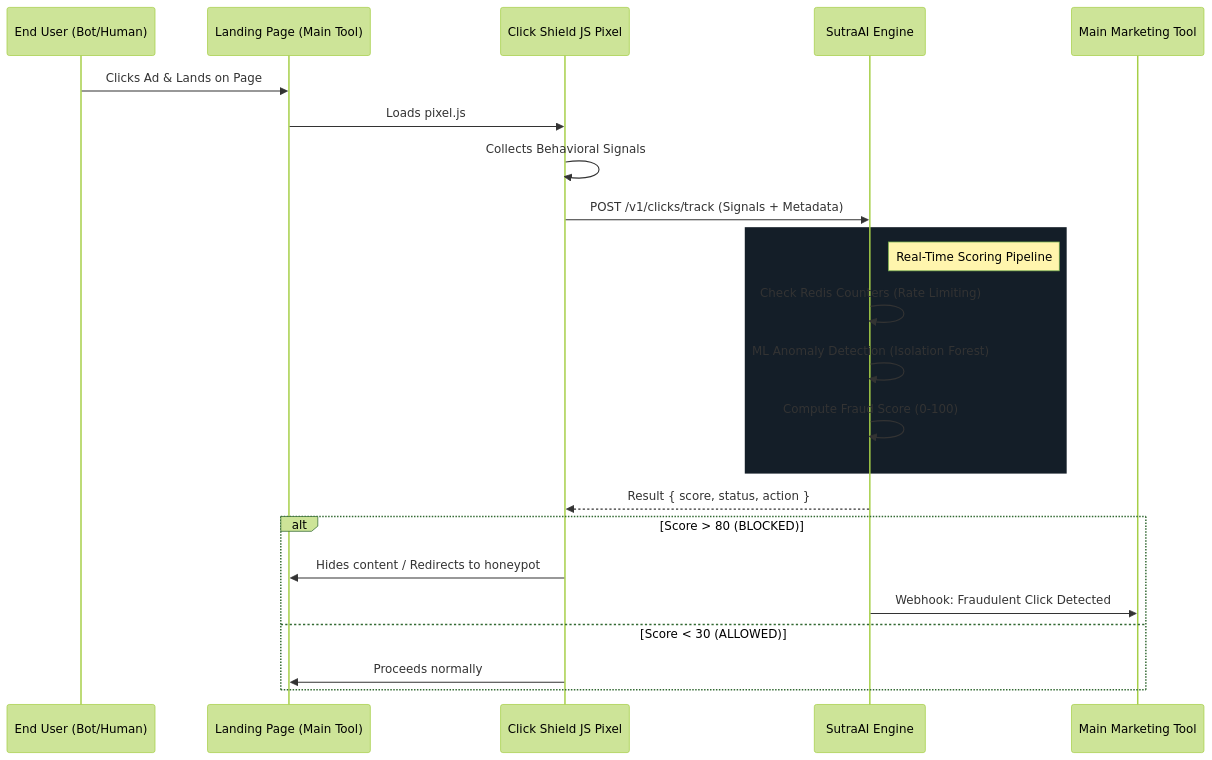
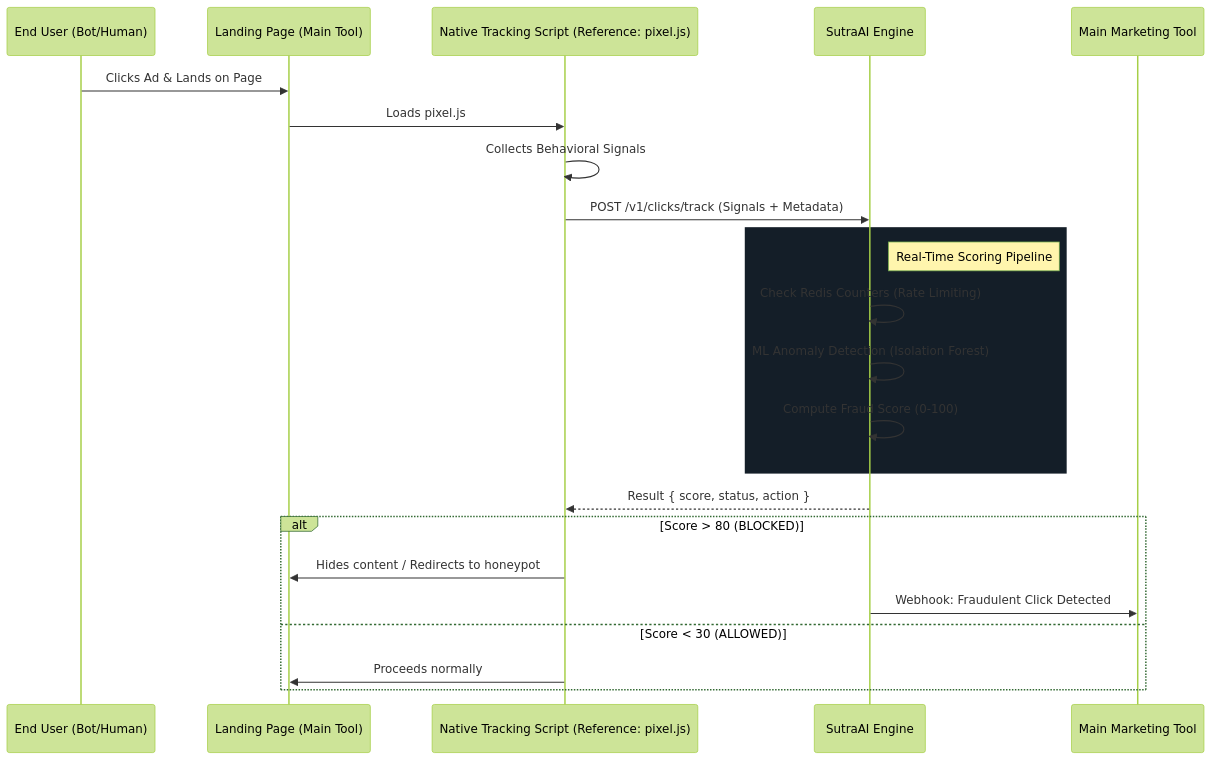
One commit to sutracodehq-ui/sutra-ai-engine changed the diagram in docs/click_shield_design.md. Above: the diagram before and after it, drawn with Mermaid (forest theme). The commit also changed 14 other files, not shown here.

````diff
--- a/docs/click_shield_design.md
+++ b/docs/click_shield_design.md
@@ -23,29 +23,29 @@
 ```mermaid
 sequenceDiagram
     participant User as End User (Bot/Human)
     participant Page as Landing Page (Main Tool)
-    participant Pixel as Click Shield JS Pixel
+    participant Pixel as Native Tracking Script (Reference: pixel.js)
     participant SutraAI as SutraAI Engine
     participant Main as Main Marketing Tool
     
     User->>Page: Clicks Ad & Lands on Page
     Page->>Pixel: Loads pixel.js
     Pixel->>Pixel: Collects Behavioral Signals
     Pixel->>SutraAI: POST /v1/clicks/track (Signals + Metadata)
     
     rect rgb(20, 30, 40)
         Note right of SutraAI: Real-Time Scoring Pipeline
         SutraAI->>SutraAI: Check Redis Counters (Rate Limiting)
         SutraAI->>SutraAI: ML Anomaly Detection (Isolation Forest)
         SutraAI->>SutraAI: Compute Fraud Score (0-100)
     end
     
     SutraAI-->>Pixel: Result { score, status, action }
     
     alt Score > 80 (BLOCKED)
         Pixel->>Page: Hides content / Redirects to honeypot
         SutraAI->>Main: Webhook: Fraudulent Click Detected
     else Score < 30 (ALLOWED)
         Pixel->>Page: Proceeds normally
     end
 ```
````
